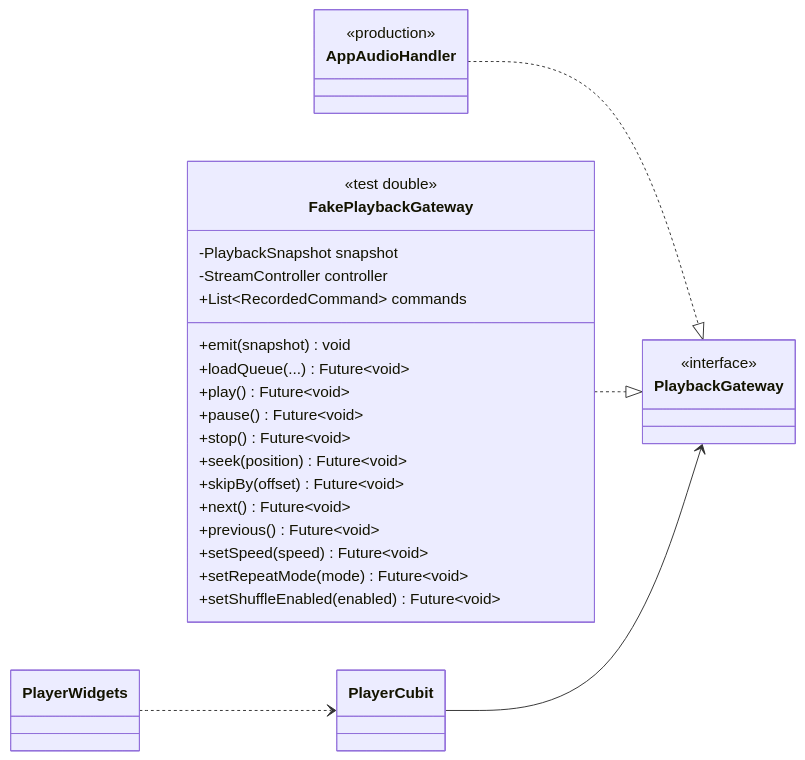
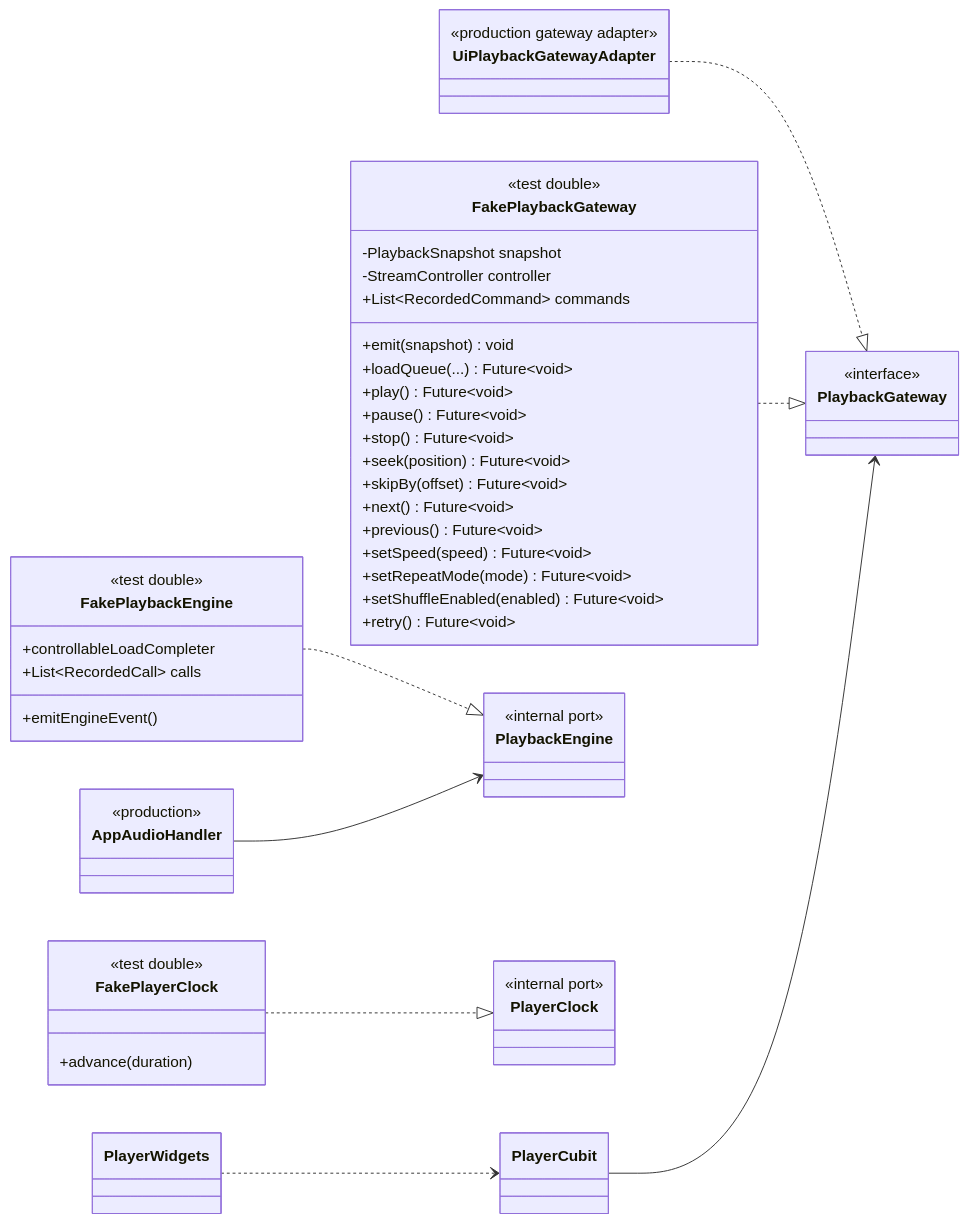
The tenth of 10 diagrams in docs/player-class-diagram.md (ViUniverse/ViListen), drawn with Mermaid before and after one commit. The commit also changed other lines of this file and 4 other files, not shown here.

````diff
--- a/docs/player-class-diagram.md
+++ b/docs/player-class-diagram.md
@@ -1200,39 +1432,67 @@
 ```mermaid
 classDiagram
 direction LR
 
 class PlaybackGateway {
   <<interface>>
 }
 
 class AppAudioHandler {
   <<production>>
+}
+
+class UiPlaybackGatewayAdapter {
+  <<production gateway adapter>>
 }
 
 class FakePlaybackGateway {
   <<test double>>
   -PlaybackSnapshot snapshot
   -StreamController controller
   +List~RecordedCommand~ commands
   +emit(snapshot) void
   +loadQueue(...) Future~void~
   +play() Future~void~
   +pause() Future~void~
   +stop() Future~void~
   +seek(position) Future~void~
   +skipBy(offset) Future~void~
   +next() Future~void~
   +previous() Future~void~
   +setSpeed(speed) Future~void~
   +setRepeatMode(mode) Future~void~
   +setShuffleEnabled(enabled) Future~void~
+  +retry() Future~void~
+}
+
+class PlaybackEngine {
+  <<internal port>>
+}
+
+class FakePlaybackEngine {
+  <<test double>>
+  +controllableLoadCompleter
+  +emitEngineEvent()
+  +List~RecordedCall~ calls
+}
+
+class PlayerClock {
+  <<internal port>>
+}
+
+class FakePlayerClock {
+  <<test double>>
+  +advance(duration)
 }
 
 class PlayerCubit
 class PlayerWidgets
 
-AppAudioHandler ..|> PlaybackGateway
+UiPlaybackGatewayAdapter ..|> PlaybackGateway
 FakePlaybackGateway ..|> PlaybackGateway
+FakePlaybackEngine ..|> PlaybackEngine
+FakePlayerClock ..|> PlayerClock
+AppAudioHandler --> PlaybackEngine
 PlayerCubit --> PlaybackGateway
 PlayerWidgets ..> PlayerCubit
 ```
````
